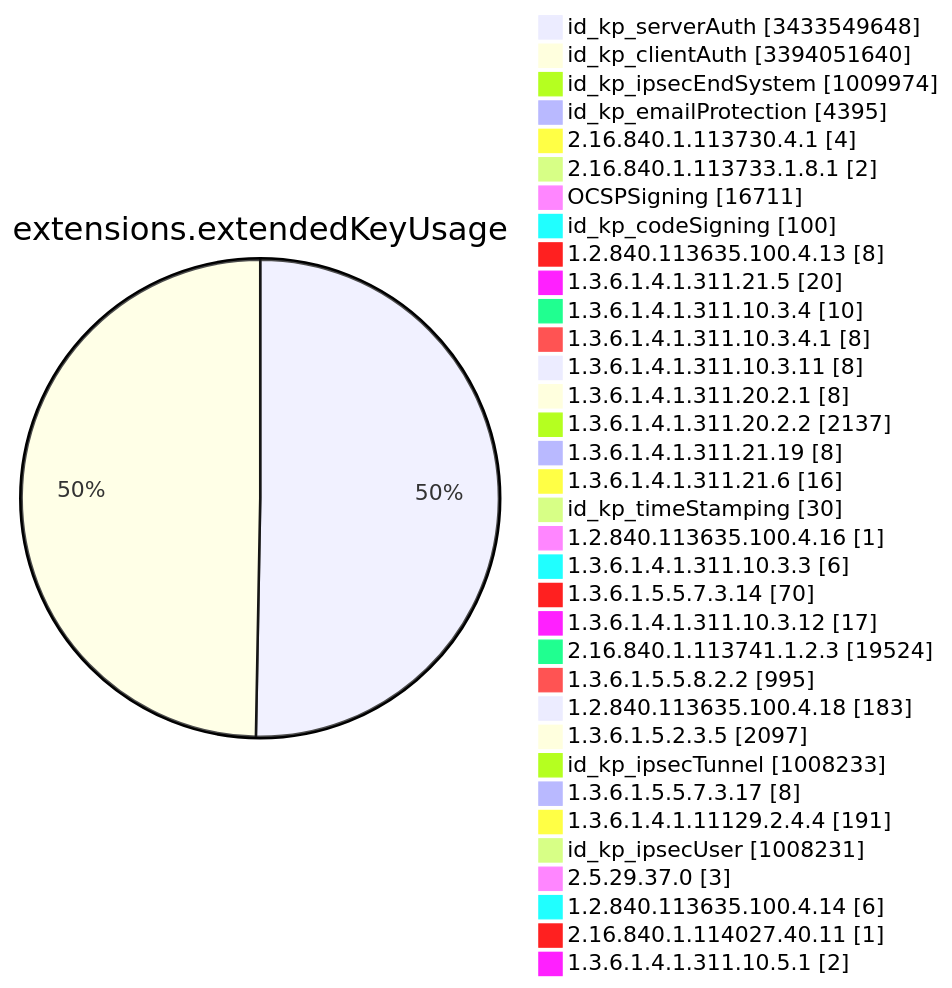
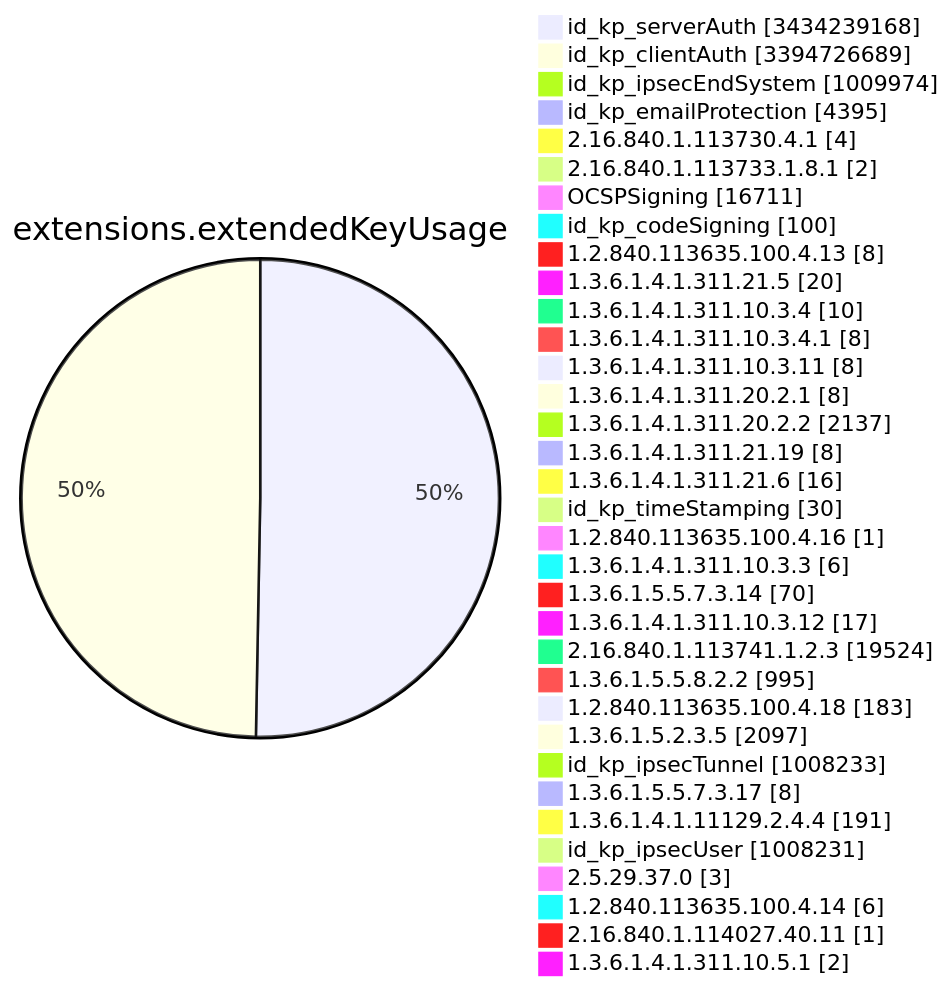
Diagram 11 of 15 in TOTAL/README.md (christiankrug/ctmonitor_visualization), drawn with Mermaid before and after one commit. The commit also changed other lines of this file, not shown here.

````diff
--- a/TOTAL/README.md
+++ b/TOTAL/README.md
@@ -4122,38 +4122,38 @@
 ```mermaid
 pie showData
 title extensions.extendedKeyUsage
-"id_kp_serverAuth" :3433549648
-"id_kp_clientAuth" :3394051640
+"id_kp_serverAuth" :3434239168
+"id_kp_clientAuth" :3394726689
 "id_kp_ipsecEndSystem" :1009974
 "id_kp_emailProtection" :4395
 "2.16.840.1.113730.4.1" :4
 "2.16.840.1.113733.1.8.1" :2
 "OCSPSigning" :16711
 "id_kp_codeSigning" :100
 "1.2.840.113635.100.4.13" :8
 "1.3.6.1.4.1.311.21.5" :20
 "1.3.6.1.4.1.311.10.3.4" :10
 "1.3.6.1.4.1.311.10.3.4.1" :8
 "1.3.6.1.4.1.311.10.3.11" :8
 "1.3.6.1.4.1.311.20.2.1" :8
 "1.3.6.1.4.1.311.20.2.2" :2137
 "1.3.6.1.4.1.311.21.19" :8
 "1.3.6.1.4.1.311.21.6" :16
 "id_kp_timeStamping" :30
 "1.2.840.113635.100.4.16" :1
 "1.3.6.1.4.1.311.10.3.3" :6
 "1.3.6.1.5.5.7.3.14" :70
 "1.3.6.1.4.1.311.10.3.12" :17
 "2.16.840.1.113741.1.2.3" :19524
 "1.3.6.1.5.5.8.2.2" :995
 "1.2.840.113635.100.4.18" :183
 "1.3.6.1.5.2.3.5" :2097
 "id_kp_ipsecTunnel" :1008233
 "1.3.6.1.5.5.7.3.17" :8
 "1.3.6.1.4.1.11129.2.4.4" :191
 "id_kp_ipsecUser" :1008231
 "2.5.29.37.0" :3
 "1.2.840.113635.100.4.14" :6
 "2.16.840.1.114027.40.11" :1
 "1.3.6.1.4.1.311.10.5.1" :2
 ```
````
